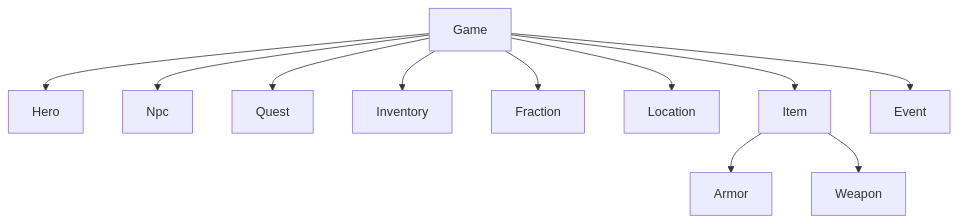
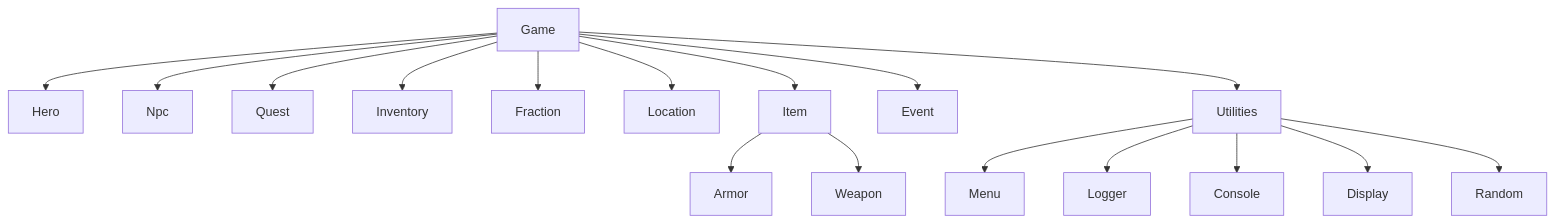
The diagram in README.md (DoicRM/Cyberpunk-Text-Game), drawn with Mermaid before and after one commit.

````diff
--- a/README.md
+++ b/README.md
@@ -10,13 +10,19 @@
 ```mermaid
   graph TD;
       Game-->Hero;
       Game-->Npc;
       Game-->Quest;
       Game-->Inventory;
       Game-->Fraction;
       Game-->Location;
       Game-->Item;
       Item-->Armor;
       Item-->Weapon;
       Game-->Event;
+      Game-->Utilities;
+      Utilities-->Menu;
+      Utilities-->Logger;
+      Utilities-->Console;
+      Utilities-->Display;
+      Utilities-->Random;
 ```
````
